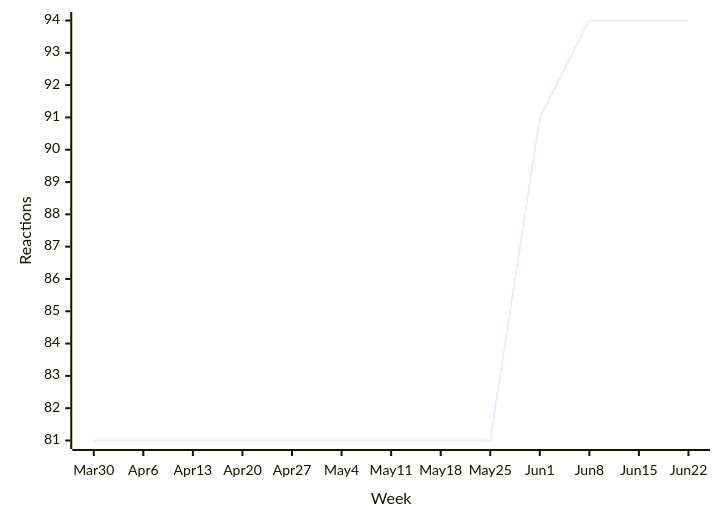
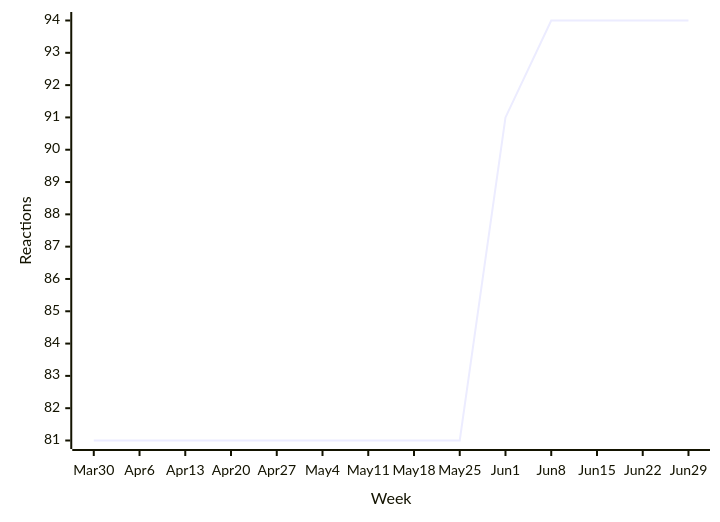
Before and after one commit to loic-sharma/github-insights: diagram 13 of 48 in README.md, drawn with Mermaid. The commit also changed other lines of this file and 3 other files, not shown here.

````diff
--- a/README.md
+++ b/README.md
@@ -543,6 +543,6 @@
   ```mermaid
   xychart-beta
-    x-axis "Week" [Mar 30, Apr 6, Apr 13, Apr 20, Apr 27, May 4, May 11, May 18, May 25, Jun 1, Jun 8, Jun 15, Jun 22]
+    x-axis "Week" [Mar 30, Apr 6, Apr 13, Apr 20, Apr 27, May 4, May 11, May 18, May 25, Jun 1, Jun 8, Jun 15, Jun 22, Jun 29]
     y-axis "Reactions"
-    line [81, 81, 81, 81, 81, 81, 81, 81, 81, 91, 94, 94, 94]
+    line [81, 81, 81, 81, 81, 81, 81, 81, 81, 91, 94, 94, 94, 94]
   ```
````
